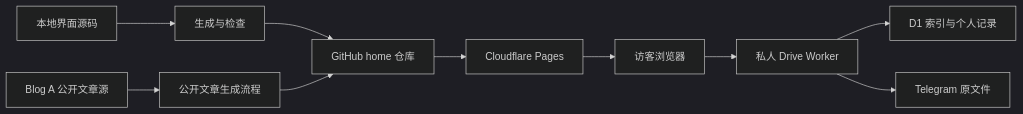
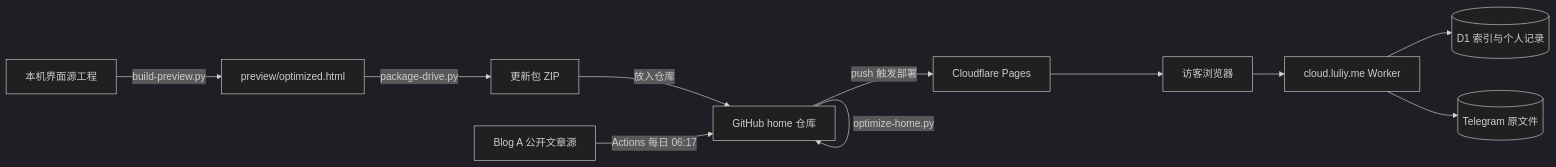
The diagram in README.md (luliyer6-ux/home), drawn with Mermaid (dark theme) before and after one commit. The commit also changed other lines of this file and 1 other file, not shown here.

Commit message:
Docs: rewrite build & maintenance guide (optimize step, branch previews, 404/redirects, routing, risks)

````diff
--- a/README.md
+++ b/README.md
@@ -15,12 +37,13 @@
 ```mermaid
 flowchart LR
-  Local[本地界面源码] --> Build[生成与检查]
-  Build --> Home[GitHub home 仓库]
-  Blog[Blog A 公开文章源] --> Action[公开文章生成流程]
-  Action --> Home
-  Home --> Pages[Cloudflare Pages]
+  Local[本机界面源工程] -->|build-preview.py| Preview[preview/optimized.html]
+  Preview -->|package-drive.py| Zip[更新包 ZIP]
+  Zip -->|放入仓库| Home[GitHub home 仓库]
+  Home -->|optimize-home.py| Home
+  Blog[Blog A 公开文章源] -->|Actions 每日 06:17| Home
+  Home -->|push 触发部署| Pages[Cloudflare Pages]
   Pages --> Browser[访客浏览器]
-  Browser --> Worker[私人 Drive Worker]
-  Worker --> D1[D1 索引与个人记录]
-  Worker --> Telegram[Telegram 原文件]
+  Browser --> Worker[cloud.luliy.me Worker]
+  Worker --> D1[(D1 索引与个人记录)]
+  Worker --> Telegram[(Telegram 原文件)]
 ```
````
